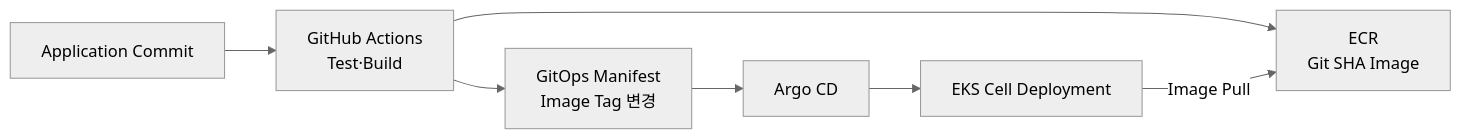
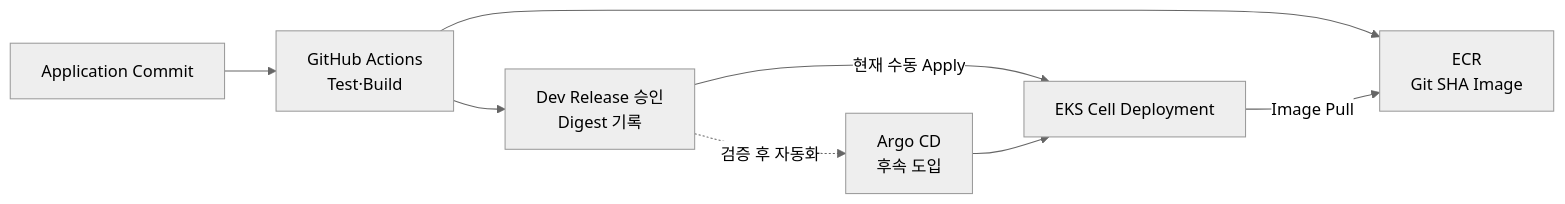
Before and after one commit to TeamDoroSoft/Doro-ERP-Infra: the second of 2 diagrams in Docs/AWS_EKS_셀_기반_인프라_설계.md, drawn with Mermaid (neutral theme). The commit also changed other lines of this file and 29 other files, not shown here.

````diff
--- a/Docs/AWS_EKS_셀_기반_인프라_설계.md
+++ b/Docs/AWS_EKS_셀_기반_인프라_설계.md
@@ -551,16 +551,17 @@
 ```mermaid
 flowchart LR
     CODE[Application Commit]
     GA[GitHub Actions<br/>Test·Build]
     ECR[ECR<br/>Git SHA Image]
-    GITOPS[GitOps Manifest<br/>Image Tag 변경]
-    ARGO[Argo CD]
+    REVIEW[Dev Release 승인<br/>Digest 기록]
+    ARGO[Argo CD<br/>후속 도입]
     EKS[EKS Cell Deployment]
 
     CODE --> GA
     GA --> ECR
-    GA --> GITOPS
-    GITOPS --> ARGO
+    GA --> REVIEW
+    REVIEW -.->|검증 후 자동화| ARGO
+    REVIEW -->|현재 수동 Apply| EKS
     ARGO --> EKS
     EKS -->|Image Pull| ECR
 ```
````
